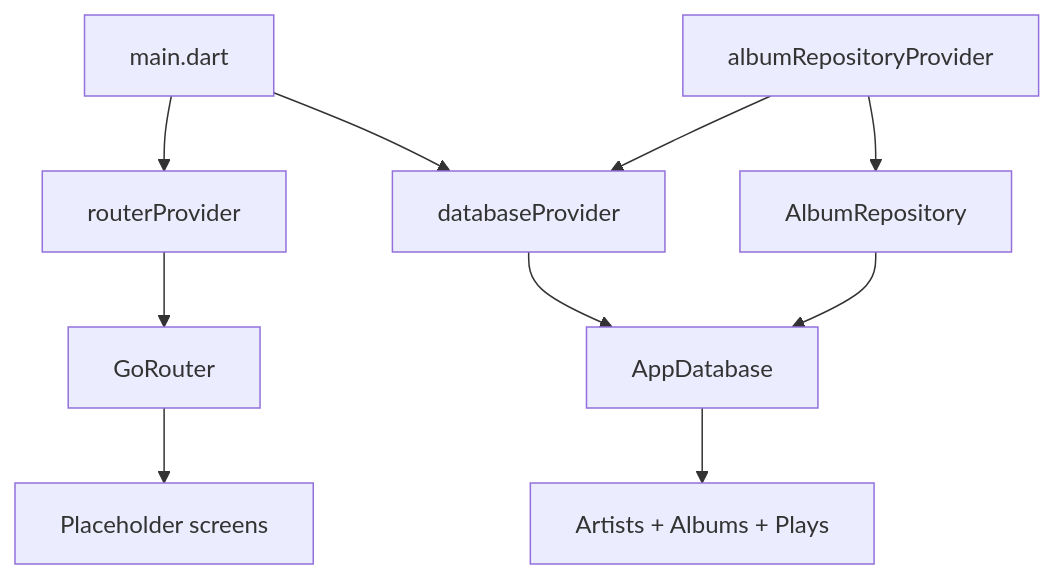
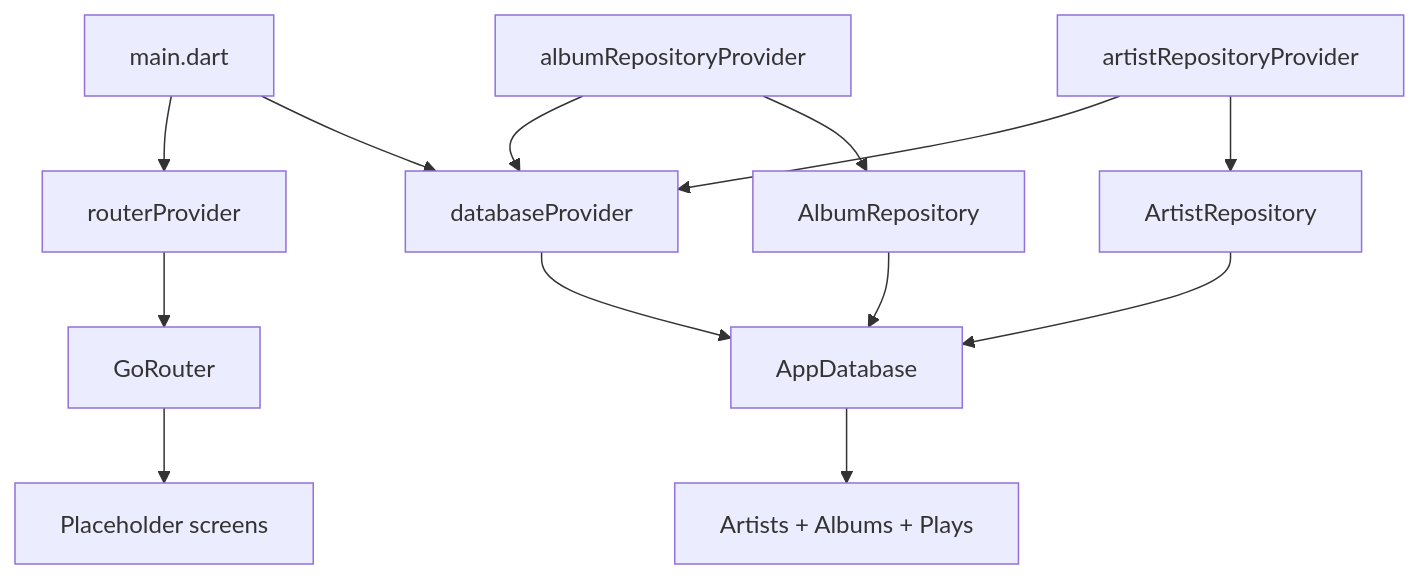
One commit to hunter-goller/Groovefolio changed the second of 3 diagrams in docs/architecture/dependency-graph.md. Above: the diagram before and after it, drawn with Mermaid. The commit also changed other lines of this file and 17 other files, not shown here.

First line of the commit message:
VinylApp-014: ArtistRepository (#22)

````diff
--- a/docs/architecture/dependency-graph.md
+++ b/docs/architecture/dependency-graph.md
@@ -43,22 +43,27 @@
 ```mermaid
 flowchart TD
     Main[main.dart]
     RouterProvider[routerProvider]
     DatabaseProvider[databaseProvider]
     AlbumRepoProvider[albumRepositoryProvider]
+    ArtistRepoProvider[artistRepositoryProvider]
     Router[GoRouter]
     Placeholders[Placeholder screens]
     AlbumRepo[AlbumRepository]
+    ArtistRepo[ArtistRepository]
     Database[AppDatabase]
     Tables[Artists + Albums + Plays]
 
     Main --> RouterProvider
     Main --> DatabaseProvider
     RouterProvider --> Router
     Router --> Placeholders
     AlbumRepoProvider --> DatabaseProvider
     AlbumRepoProvider --> AlbumRepo
+    ArtistRepoProvider --> DatabaseProvider
+    ArtistRepoProvider --> ArtistRepo
     AlbumRepo --> Database
+    ArtistRepo --> Database
     DatabaseProvider --> Database
     Database --> Tables
 ```
````
